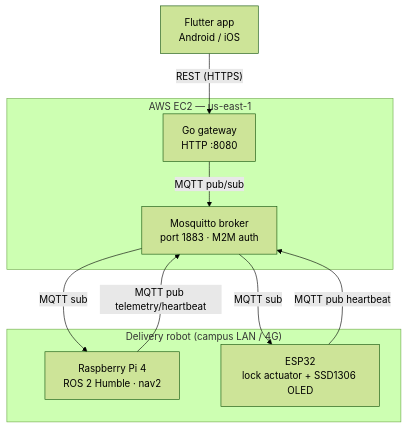
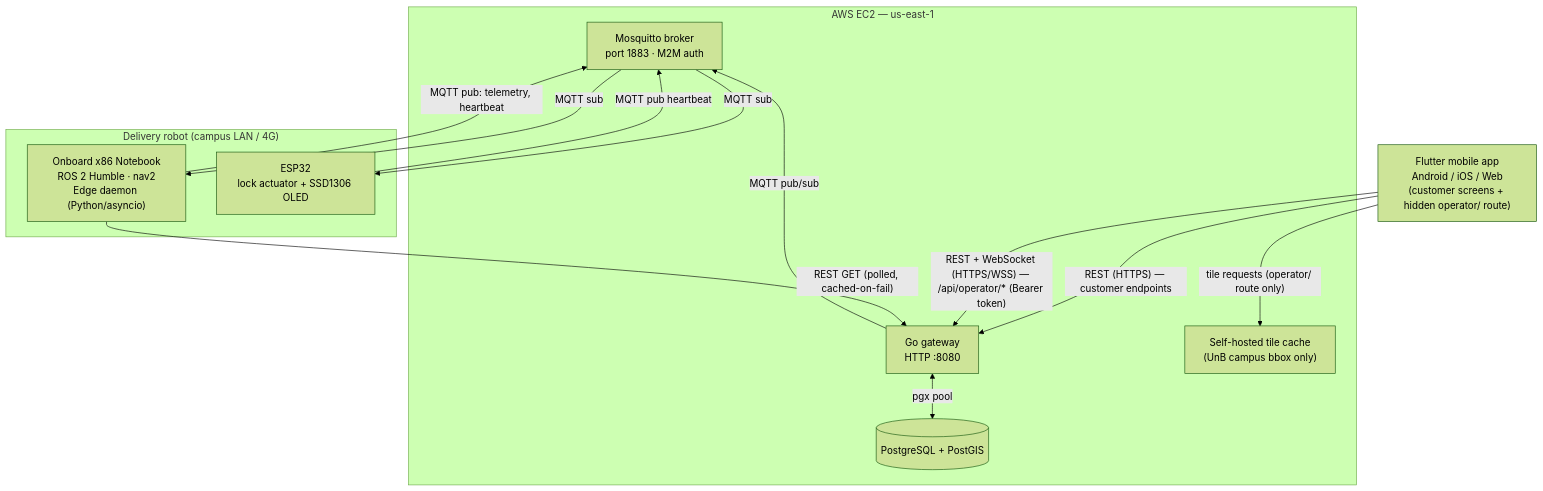
Before and after one commit to Santana-DS/pit-marmitron: the diagram in Computacional/app/docs/ARCHITECTURE.md, drawn with Mermaid (forest theme). The commit also changed other lines of this file and 30 other files, not shown here.

````diff
--- a/Computacional/app/docs/ARCHITECTURE.md
+++ b/Computacional/app/docs/ARCHITECTURE.md
@@ -20,21 +55,27 @@
 ```mermaid
 graph TD
     subgraph AWS_EC2 ["AWS EC2 — us-east-1"]
         MQ["Mosquitto broker<br/>port 1883 · M2M auth"]
         GW["Go gateway<br/>HTTP :8080"]
+        PG[("PostgreSQL + PostGIS")]
+        TILE["Self-hosted tile cache<br/>(UnB campus bbox only)"]
     end
 
     subgraph Robot ["Delivery robot (campus LAN / 4G)"]
-        PI["Raspberry Pi 4<br/>ROS 2 Humble · nav2"]
+        NB["Onboard x86 Notebook<br/>ROS 2 Humble · nav2<br/>Edge daemon (Python/asyncio)"]
         ESP["ESP32<br/>lock actuator + SSD1306 OLED"]
     end
 
-    APP["Flutter app<br/>Android / iOS"]
+    APP["Flutter mobile app<br/>Android / iOS / Web<br/>(customer screens + hidden operator/ route)"]
 
-    APP -->|"REST (HTTPS)"| GW
+    APP -->|"REST (HTTPS) — customer endpoints"| GW
+    APP -->|"REST + WebSocket (HTTPS/WSS) — /api/operator/* (Bearer token)"| GW
+    APP -->|"tile requests (operator/ route only)"| TILE
     GW  -->|"MQTT pub/sub"| MQ
-    MQ  -->|"MQTT sub"| PI
+    GW  <-->|"pgx pool"| PG
+    MQ  -->|"MQTT sub"| NB
     MQ  -->|"MQTT sub"| ESP
-    PI  -->|"MQTT pub telemetry/heartbeat"| MQ
+    NB  -->|"MQTT pub: telemetry, heartbeat"| MQ
     ESP -->|"MQTT pub heartbeat"| MQ
+    NB  -->|"REST GET (polled, cached-on-fail)"| GW
 ```
````
